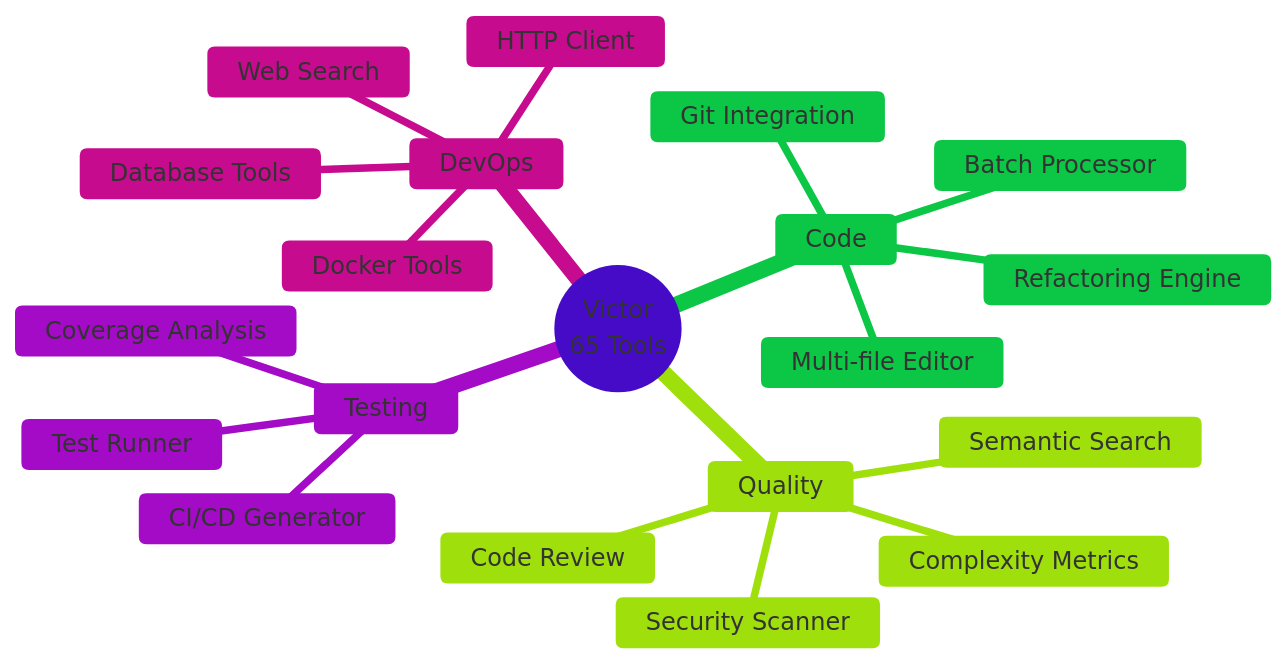
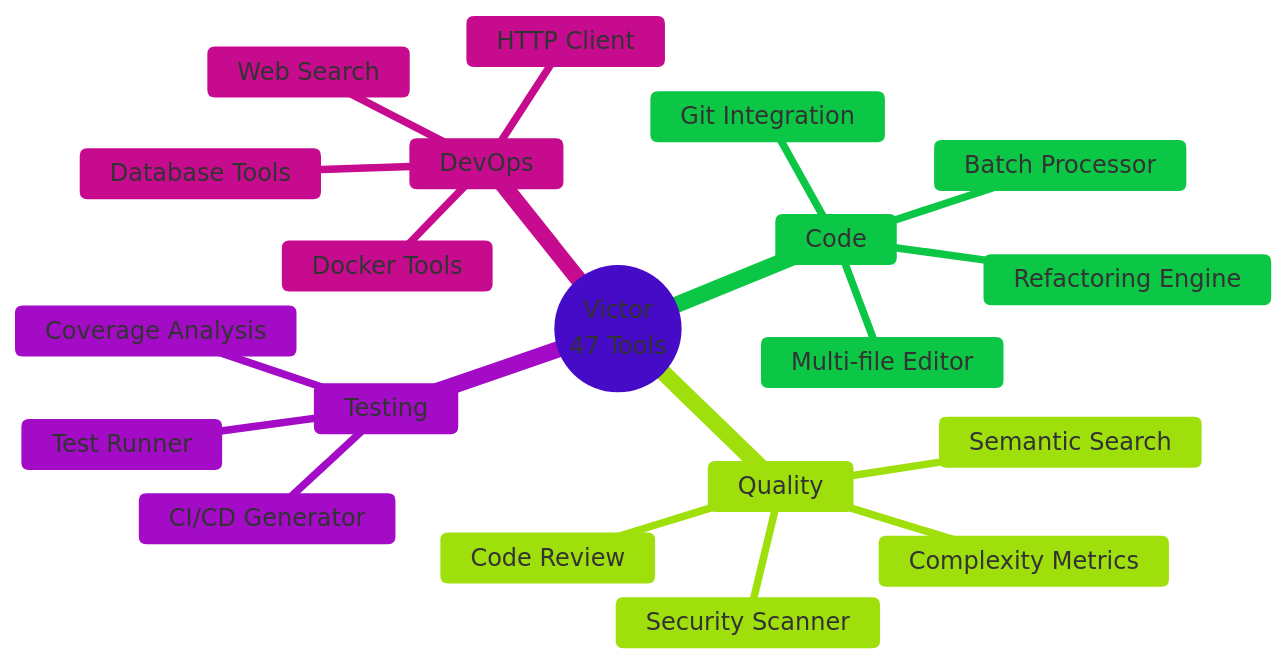
The fourth of 8 diagrams in README.md (vjsingh1984/victor), drawn with Mermaid before and after one commit. The commit also changed other lines of this file and 3 other files, not shown here.

````diff
--- a/README.md
+++ b/README.md
@@ -206,24 +212,24 @@
 ```mermaid
 %%{init: {'theme': 'base', 'themeVariables': { 'primaryColor': '#8B5CF6'}}}%%
 mindmap
-  root((Victor<br/>65 Tools))
+  root((Victor<br/>47 Tools))
     Code
       Multi-file Editor
       Batch Processor
       Refactoring Engine
       Git Integration
     Quality
       Code Review
       Security Scanner
       Complexity Metrics
       Semantic Search
     Testing
       Test Runner
       CI/CD Generator
       Coverage Analysis
     DevOps
       Docker Tools
       Database Tools
       HTTP Client
       Web Search
 ```
````
